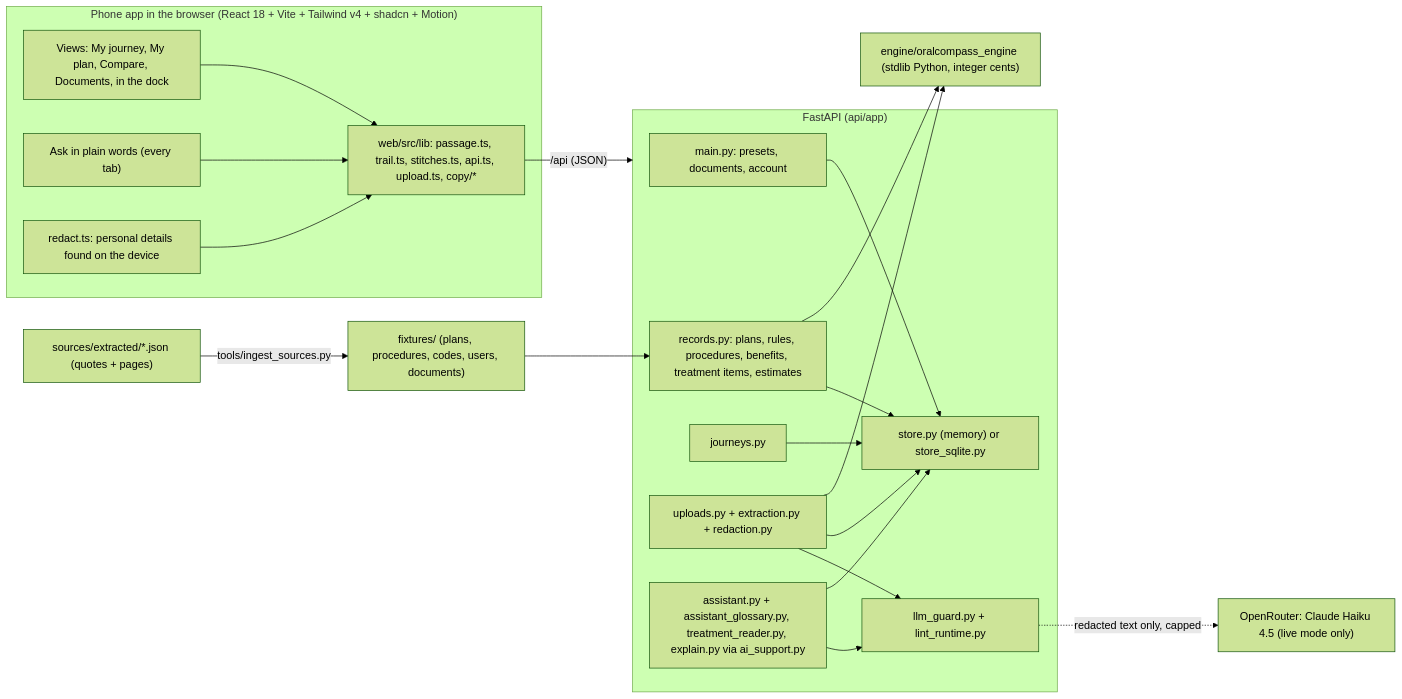
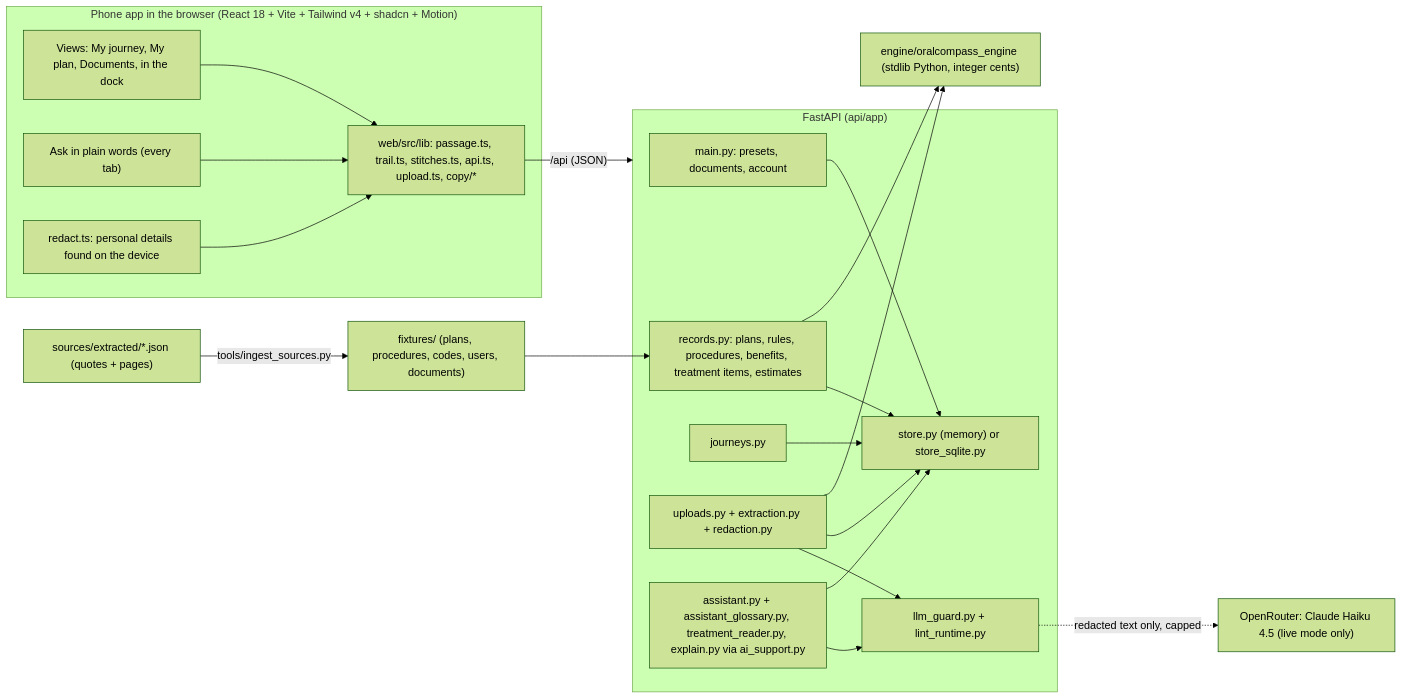
Before and after one commit to ashrit725-beep/oralcompass: the first of 9 diagrams in docs/ARCHITECTURE.md, drawn with Mermaid (forest theme). The commit also changed other lines of this file and 54 other files, not shown here.

````diff
--- a/docs/ARCHITECTURE.md
+++ b/docs/ARCHITECTURE.md
@@ -10,35 +10,35 @@
 ```mermaid
 flowchart LR
   subgraph Browser["Phone app in the browser (React 18 + Vite + Tailwind v4 + shadcn + Motion)"]
-    Views["Views: My journey, My plan, Compare, Documents, in the dock"]
+    Views["Views: My journey, My plan, Documents, in the dock"]
     Ask["Ask in plain words (every tab)"]
     Redact["redact.ts: personal details found on the device"]
     Lib["web/src/lib: passage.ts, trail.ts, stitches.ts, api.ts, upload.ts, copy/*"]
     Views --> Lib
     Ask --> Lib
     Redact --> Lib
   end
   subgraph API["FastAPI (api/app)"]
     Main["main.py: presets, documents, account"]
     Records["records.py: plans, rules, procedures, benefits, treatment items, estimates"]
     Journeys["journeys.py"]
     Uploads["uploads.py + extraction.py + redaction.py"]
     AI["assistant.py + assistant_glossary.py, treatment_reader.py, explain.py via ai_support.py"]
     Guard["llm_guard.py + lint_runtime.py"]
     Store["store.py (memory) or store_sqlite.py"]
   end
   Engine["engine/oralcompass_engine (stdlib Python, integer cents)"]
   Fixtures["fixtures/ (plans, procedures, codes, users, documents)"]
   Sources["sources/extracted/*.json (quotes + pages)"]
   LLM["OpenRouter: Claude Haiku 4.5 (live mode only)"]
 
   Lib -- "/api (JSON)" --> API
   Records --> Engine
   Uploads --> Engine
   Records & Main & Journeys & Uploads & AI --> Store
   Sources -- "tools/ingest_sources.py" --> Fixtures
   Fixtures --> Records
   AI --> Guard
   Uploads --> Guard
   Guard -. "redacted text only, capped" .-> LLM
 ```
````
